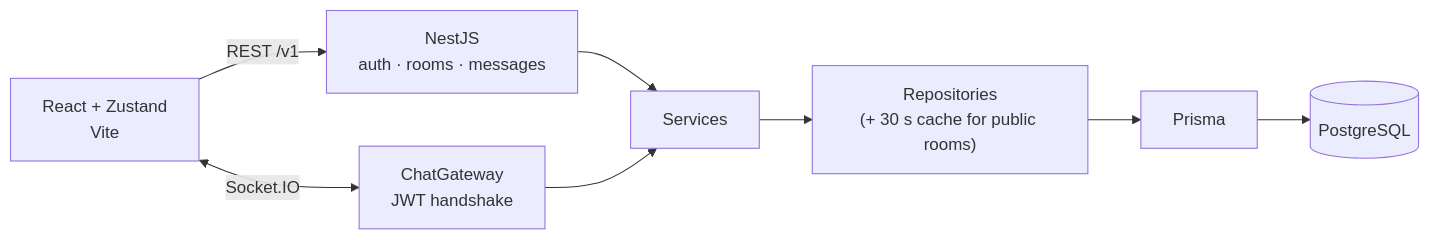
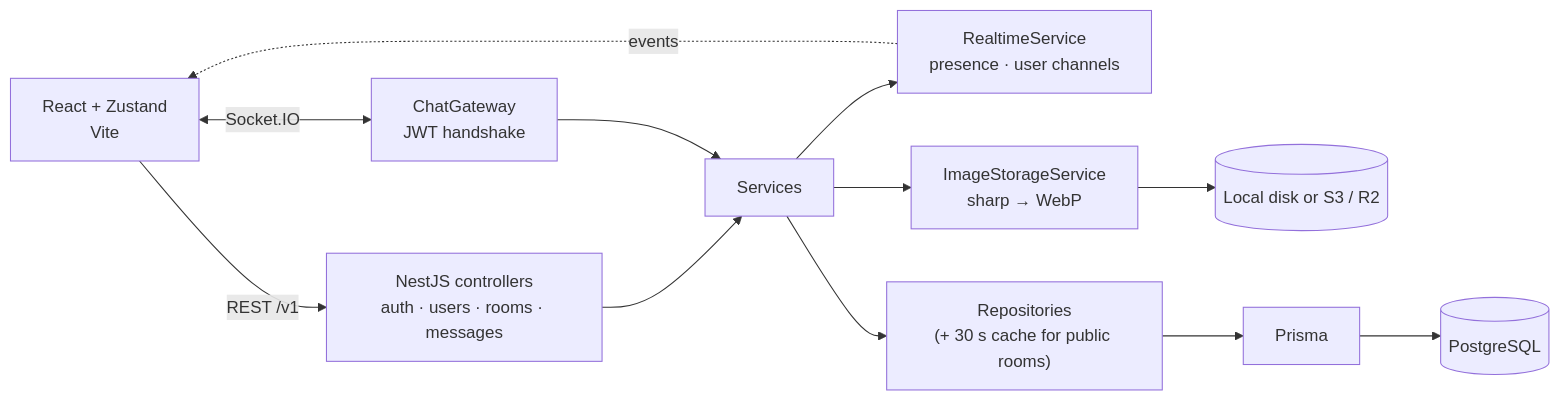
Before and after one commit to Shiw4se/nest-react-chat: the diagram in README.md, drawn with Mermaid. The commit also changed other lines of this file and 13 other files, not shown here.

````diff
--- a/README.md
+++ b/README.md
@@ -35,10 +63,14 @@
 ```mermaid
 flowchart LR
-    UI["React + Zustand<br/>Vite"] -->|REST /v1| API["NestJS<br/>auth · rooms · messages"]
+    UI["React + Zustand<br/>Vite"] -->|REST /v1| API["NestJS controllers<br/>auth · users · rooms · messages"]
     UI <-->|Socket.IO| GW["ChatGateway<br/>JWT handshake"]
     API --> SVC["Services"]
     GW --> SVC
+    SVC --> RT["RealtimeService<br/>presence · user channels"]
+    RT -.->|events| UI
     SVC --> REPO["Repositories<br/>(+ 30 s cache for public rooms)"]
+    SVC --> IMG["ImageStorageService<br/>sharp → WebP"]
+    IMG --> FS[("Local disk or S3 / R2")]
     REPO --> ORM["Prisma"]
     ORM --> DB[("PostgreSQL")]
 ```
````
